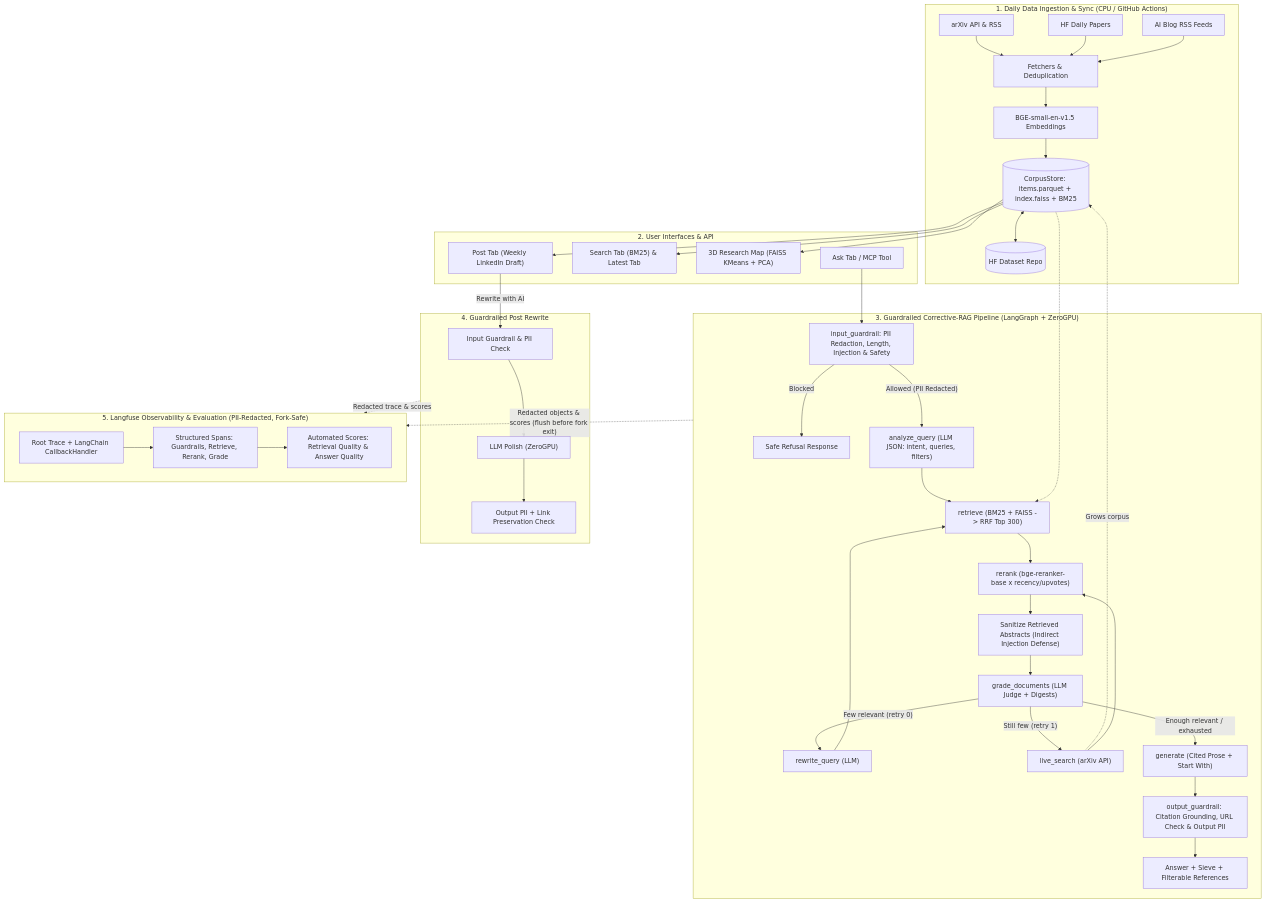
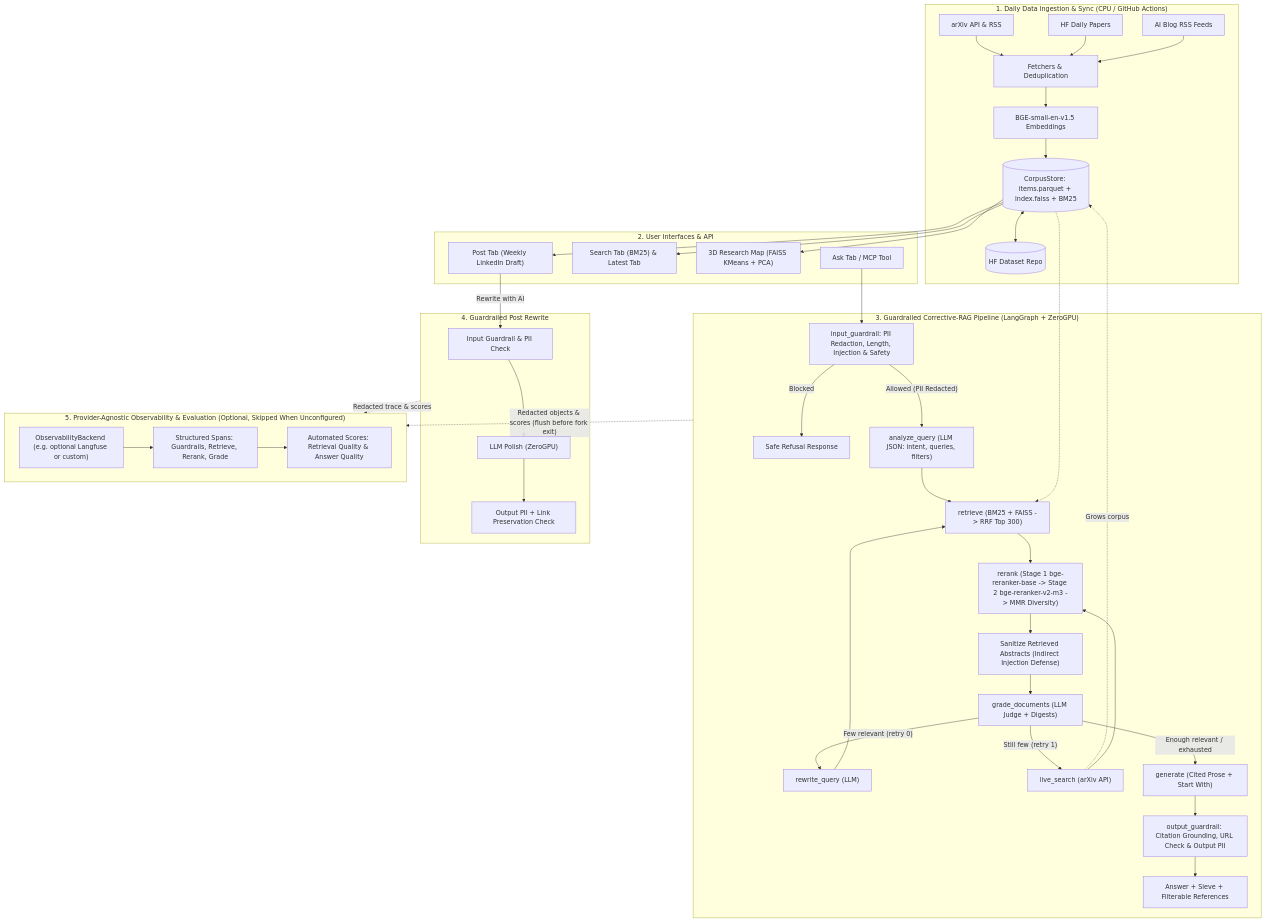
Before and after one commit to shanudengre82/ai-news-navigator: the diagram in ai_news/about.md, drawn with Mermaid. The commit also changed other lines of this file and 11 other files, not shown here.

Commit message:
Add two-stage Sentence-Transformers re-reranker and make observability Langfuse-agnostic

````diff
--- a/ai_news/about.md
+++ b/ai_news/about.md
@@ -13,57 +13,57 @@
 ```mermaid
 flowchart TD
     subgraph Ingestion["1. Daily Data Ingestion & Sync (CPU / GitHub Actions)"]
         S1["arXiv API & RSS"] --> F["Fetchers & Deduplication"]
         S2["HF Daily Papers"] --> F
         S3["AI Blog RSS Feeds"] --> F
         F --> E["BGE-small-en-v1.5 Embeddings"]
         E --> Store[("CorpusStore: items.parquet + index.faiss + BM25")]
         Store <--> HFDS[("HF Dataset Repo")]
     end
 
     subgraph Entry["2. User Interfaces & API"]
         UI_Ask["Ask Tab / MCP Tool"]
         UI_Search["Search Tab (BM25) & Latest Tab"]
         UI_Map["3D Research Map (FAISS KMeans + PCA)"]
         UI_Post["Post Tab (Weekly LinkedIn Draft)"]
     end
 
     Store --> UI_Search
     Store --> UI_Map
     Store --> UI_Post
 
     subgraph RAG["3. Guardrailed Corrective-RAG Pipeline (LangGraph + ZeroGPU)"]
         UI_Ask --> IG["input_guardrail: PII Redaction, Length, Injection & Safety"]
         IG -->|"Blocked"| BlockOut["Safe Refusal Response"]
         IG -->|"Allowed (PII Redacted)"| Analyze["analyze_query (LLM JSON: intent, queries, filters)"]
         Analyze --> Retrieve["retrieve (BM25 + FAISS -> RRF Top 300)"]
         Store -.-> Retrieve
-        Retrieve --> Rerank["rerank (bge-reranker-base x recency/upvotes)"]
+        Retrieve --> Rerank["rerank (Stage 1 bge-reranker-base -> Stage 2 bge-reranker-v2-m3 -> MMR Diversity)"]
         Rerank --> Sanitize["Sanitize Retrieved Abstracts (Indirect Injection Defense)"]
         Sanitize --> Grade["grade_documents (LLM Judge + Digests)"]
         Grade -->|"Few relevant (retry 0)"| Rewrite["rewrite_query (LLM)"]
         Rewrite --> Retrieve
         Grade -->|"Still few (retry 1)"| Live["live_search (arXiv API)"]
         Live -.->|"Grows corpus"| Store
         Live --> Rerank
         Grade -->|"Enough relevant / exhausted"| Gen["generate (Cited Prose + Start With)"]
         Gen --> OG["output_guardrail: Citation Grounding, URL Check & Output PII"]
         OG --> FinalOut["Answer + Sieve + Filterable References"]
     end
 
     subgraph PostAI["4. Guardrailed Post Rewrite"]
         UI_Post -->|"Rewrite with AI"| P_IG["Input Guardrail & PII Check"]
         P_IG --> P_LLM["LLM Polish (ZeroGPU)"]
         P_LLM --> P_OG["Output PII + Link Preservation Check"]
     end
 
-    subgraph Obs["5. Langfuse Observability & Evaluation (PII-Redacted, Fork-Safe)"]
-        LF_Trace["Root Trace + LangChain CallbackHandler"]
+    subgraph Obs["5. Provider-Agnostic Observability & Evaluation (Optional, Skipped When Unconfigured)"]
+        LF_Trace["ObservabilityBackend (e.g. optional Langfuse or custom)"]
         LF_Spans["Structured Spans: Guardrails, Retrieve, Rerank, Grade"]
         LF_Scores["Automated Scores: Retrieval Quality & Answer Quality"]
         LF_Trace --> LF_Spans --> LF_Scores
     end
 
     RAG -.->|"Redacted objects & scores (flush before fork exit)"| Obs
     PostAI -.->|"Redacted trace & scores"| Obs
 ```
````
